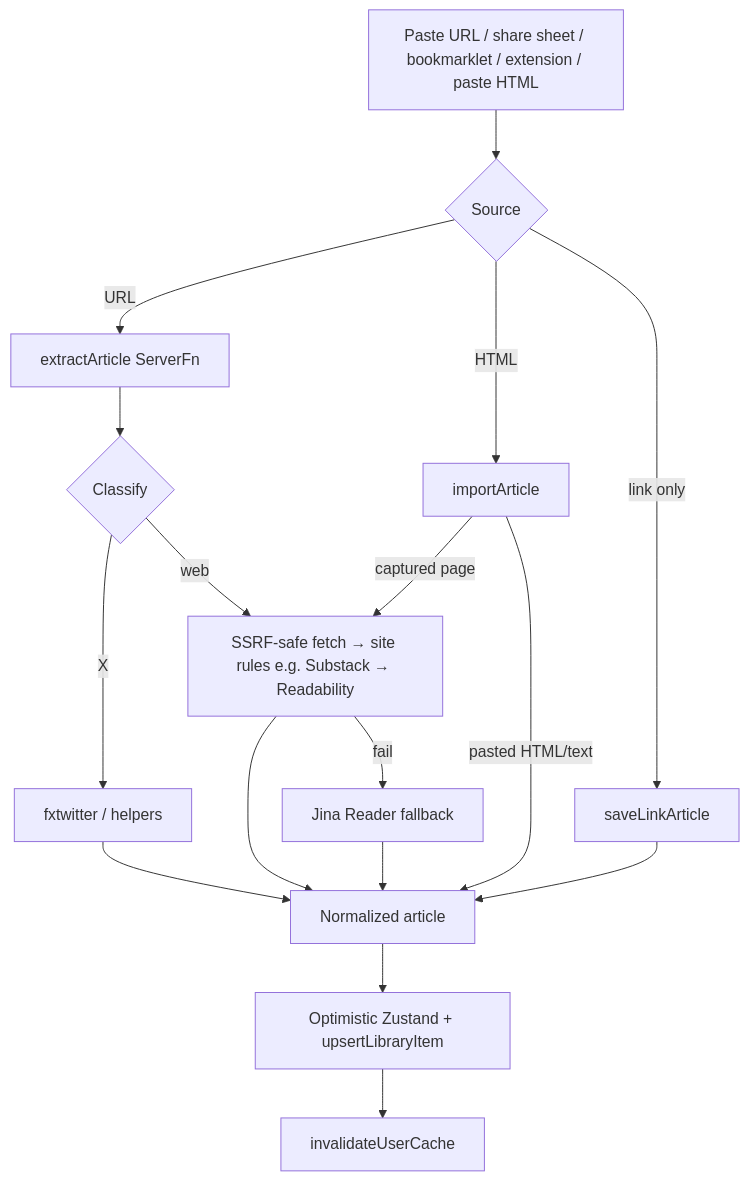
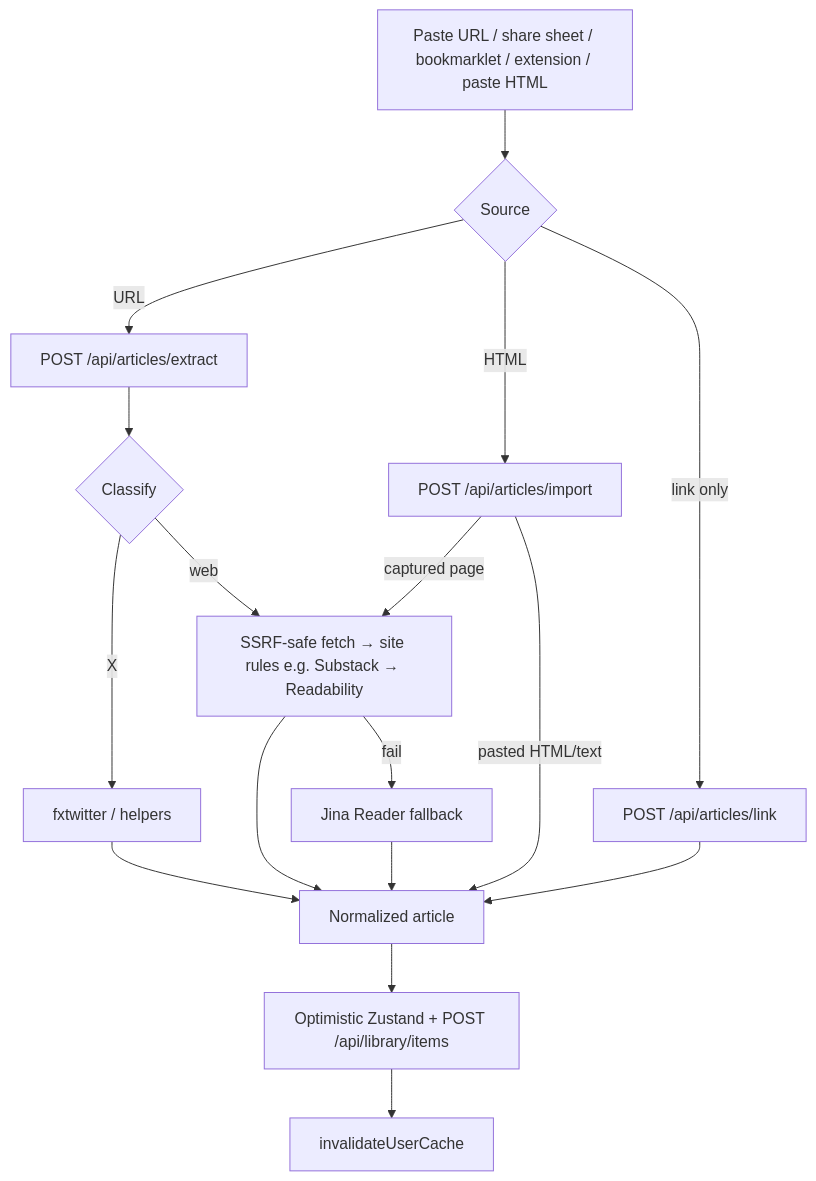
Before and after one commit to SahilFruitwala/kami: the fifth of 7 diagrams in docs/ARCHITECTURE.md, drawn with Mermaid. The commit also changed other lines of this file and 81 other files, not shown here.

First line of the commit message:
refactor(api): replace server functions with REST API routes

````diff
--- a/docs/ARCHITECTURE.md
+++ b/docs/ARCHITECTURE.md
@@ -182,19 +188,19 @@
 ```mermaid
 flowchart TD
   A[Paste URL / share sheet / bookmarklet / extension / paste HTML] --> B{Source}
-  B -->|URL| C[extractArticle ServerFn]
-  B -->|HTML| D[importArticle]
-  B -->|link only| E[saveLinkArticle]
+  B -->|URL| C[POST /api/articles/extract]
+  B -->|HTML| D[POST /api/articles/import]
+  B -->|link only| E[POST /api/articles/link]
   C --> F{Classify}
   F -->|web| G[SSRF-safe fetch → site rules e.g. Substack → Readability]
   F -->|X| H[fxtwitter / helpers]
   G -->|fail| I[Jina Reader fallback]
   H --> J[Normalized article]
   G --> J
   I --> J
   D -->|captured page| G
   D -->|pasted HTML/text| J
   E --> J
-  J --> K[Optimistic Zustand + upsertLibraryItem]
+  J --> K[Optimistic Zustand + POST /api/library/items]
   K --> L[invalidateUserCache]
 ```
````
